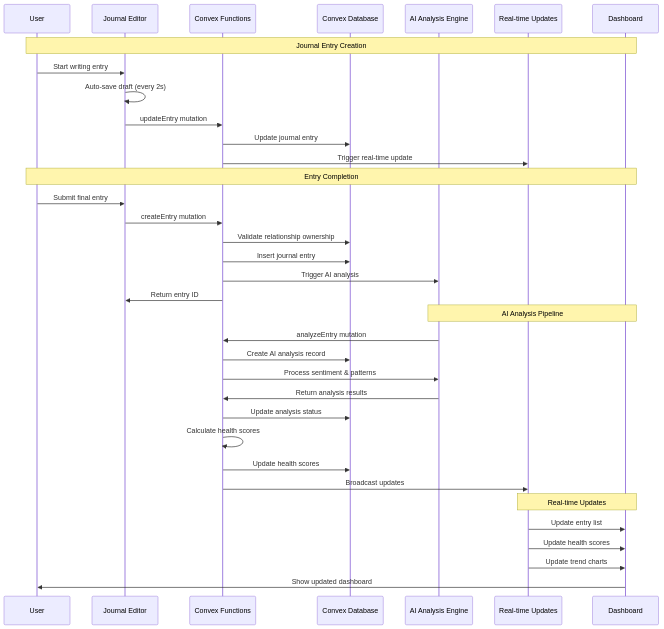
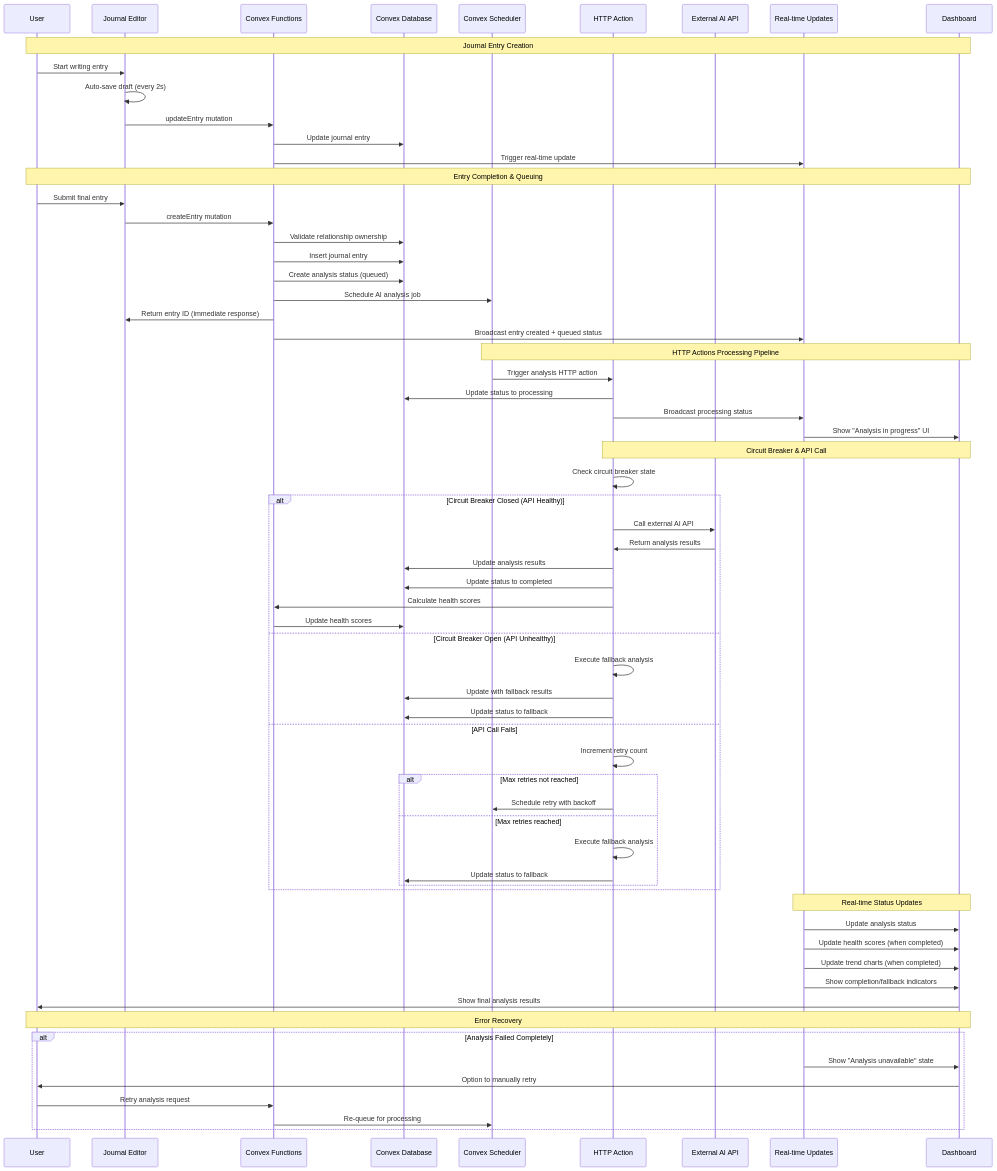
Before and after one commit to tcynic/resonant: the third of 7 diagrams in docs/architecture/data-flow-architecture.md, drawn with Mermaid. The commit also changed other lines of this file and 12 other files, not shown here.

First line of the commit message:
docs: Complete HTTP Actions architecture migration documentation

````diff
--- a/docs/architecture/data-flow-architecture.md
+++ b/docs/architecture/data-flow-architecture.md
@@ -191,41 +204,73 @@
 ```mermaid
 sequenceDiagram
     participant U as User
     participant JE as Journal Editor
     participant CF as Convex Functions
     participant DB as Convex Database
-    participant AI as AI Analysis Engine
+    participant SC as Convex Scheduler
+    participant HA as HTTP Action
+    participant EA as External AI API
     participant RT as Real-time Updates
     participant DS as Dashboard
 
     Note over U, DS: Journal Entry Creation
     U->>JE: Start writing entry
     JE->>JE: Auto-save draft (every 2s)
     JE->>CF: updateEntry mutation
     CF->>DB: Update journal entry
     CF->>RT: Trigger real-time update
 
-    Note over U, DS: Entry Completion
+    Note over U, DS: Entry Completion & Queuing
     U->>JE: Submit final entry
     JE->>CF: createEntry mutation
     CF->>DB: Validate relationship ownership
     CF->>DB: Insert journal entry
-    CF->>AI: Trigger AI analysis
-    CF->>JE: Return entry ID
+    CF->>DB: Create analysis status (queued)
+    CF->>SC: Schedule AI analysis job
+    CF->>JE: Return entry ID (immediate response)
+    CF->>RT: Broadcast entry created + queued status
 
-    Note over AI, DS: AI Analysis Pipeline
-    AI->>CF: analyzeEntry mutation
-    CF->>DB: Create AI analysis record
-    CF->>AI: Process sentiment & patterns
-    AI->>CF: Return analysis results
-    CF->>DB: Update analysis status
-    CF->>CF: Calculate health scores
-    CF->>DB: Update health scores
-    CF->>RT: Broadcast updates
+    Note over SC, DS: HTTP Actions Processing Pipeline
+    SC->>HA: Trigger analysis HTTP action
+    HA->>DB: Update status to processing
+    HA->>RT: Broadcast processing status
+    RT->>DS: Show "Analysis in progress" UI
 
-    Note over RT, DS: Real-time Updates
-    RT->>DS: Update entry list
-    RT->>DS: Update health scores
-    RT->>DS: Update trend charts
-    DS->>U: Show updated dashboard
+    Note over HA, DS: Circuit Breaker & API Call
+    HA->>HA: Check circuit breaker state
+    alt Circuit Breaker Closed (API Healthy)
+        HA->>EA: Call external AI API
+        EA->>HA: Return analysis results
+        HA->>DB: Update analysis results
+        HA->>DB: Update status to completed
+        HA->>CF: Calculate health scores
+        CF->>DB: Update health scores
+    else Circuit Breaker Open (API Unhealthy)
+        HA->>HA: Execute fallback analysis
+        HA->>DB: Update with fallback results
+        HA->>DB: Update status to fallback
+    else API Call Fails
+        HA->>HA: Increment retry count
+        alt Max retries not reached
+            HA->>SC: Schedule retry with backoff
+        else Max retries reached
+            HA->>HA: Execute fallback analysis
+            HA->>DB: Update status to fallback
+        end
+    end
+
+    Note over RT, DS: Real-time Status Updates
+    RT->>DS: Update analysis status
+    RT->>DS: Update health scores (when completed)
+    RT->>DS: Update trend charts (when completed)
+    RT->>DS: Show completion/fallback indicators
+    DS->>U: Show final analysis results
+
+    Note over U, DS: Error Recovery
+    alt Analysis Failed Completely
+        RT->>DS: Show "Analysis unavailable" state
+        DS->>U: Option to manually retry
+        U->>CF: Retry analysis request
+        CF->>SC: Re-queue for processing
+    end
 ```
````
